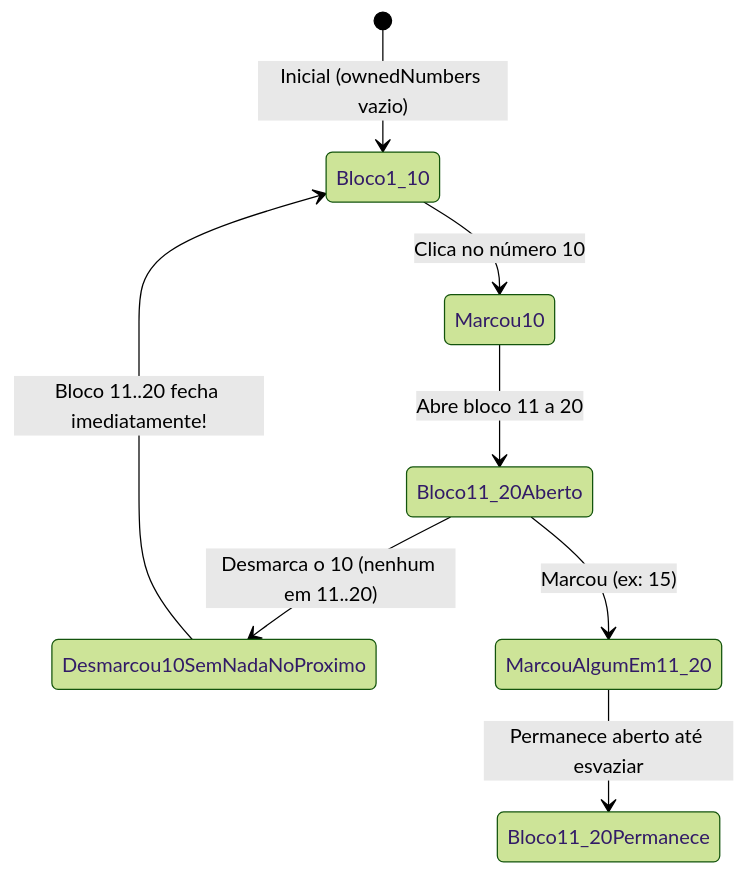
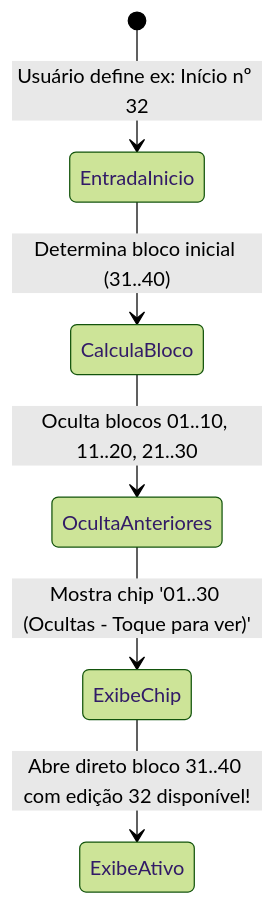
Before and after one commit to williamdevide/antigravity.collections: the second of 2 diagrams in documentation/architecture.md, drawn with Mermaid (forest theme). The commit also changed other lines of this file and 4 other files, not shown here.

````diff
--- a/documentation/architecture.md
+++ b/documentation/architecture.md
@@ -62,12 +55,8 @@
 ```mermaid
 stateDiagram-v2
-    [*] --> Bloco1_10: Inicial (ownedNumbers vazio)
-    Bloco1_10 --> Marcou10: Clica no número 10
-    Marcou10 --> Bloco11_20Aberto: Abre bloco 11 a 20
-    
-    Bloco11_20Aberto --> Desmarcou10SemNadaNoProximo: Desmarca o 10 (nenhum em 11..20)
-    Desmarcou10SemNadaNoProximo --> Bloco1_10: Bloco 11..20 fecha imediatamente!
-    
-    Bloco11_20Aberto --> MarcouAlgumEm11_20: Marcou (ex: 15)
-    MarcouAlgumEm11_20 --> Bloco11_20Permanece: Permanece aberto até esvaziar
+    [*] --> EntradaInicio: Usuário define ex: Início nº 32
+    EntradaInicio --> CalculaBloco: Determina bloco inicial (31..40)
+    CalculaBloco --> OcultaAnteriores: Oculta blocos 01..10, 11..20, 21..30
+    OcultaAnteriores --> ExibeChip: Mostra chip '01..30 (Ocultas - Toque para ver)'
+    ExibeChip --> ExibeAtivo: Abre direto bloco 31..40 com edição 32 disponível!
 ```
````
